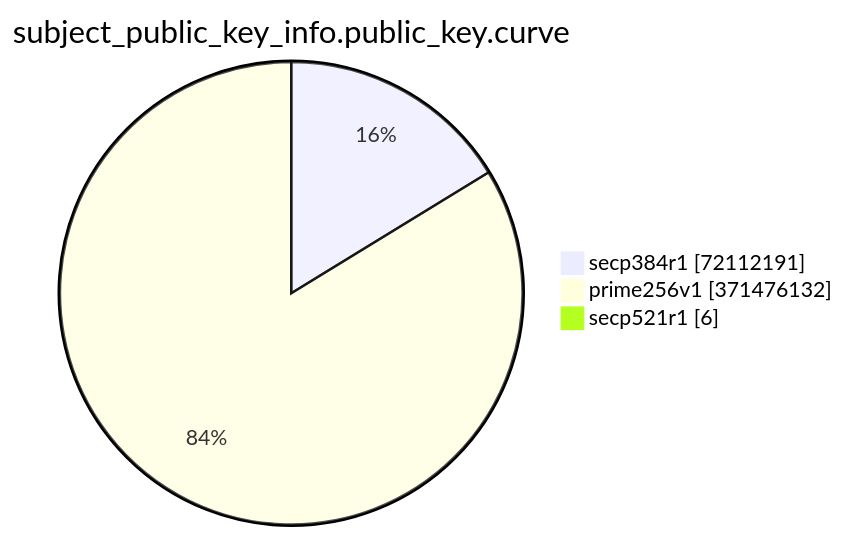
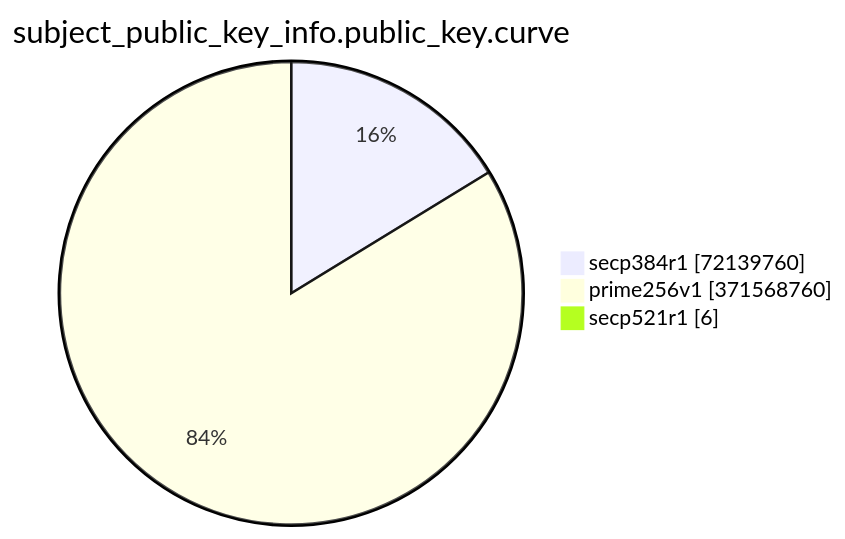
Before and after one commit to christiankrug/ctmonitor_visualization: the eighth of 15 diagrams in TOTAL/README.md, drawn with Mermaid. The commit also changed other lines of this file, not shown here.

````diff
--- a/TOTAL/README.md
+++ b/TOTAL/README.md
@@ -3092,7 +3092,7 @@
 ```mermaid
 pie showData
 title subject_public_key_info.public_key.curve
-"secp384r1" :72112191
-"prime256v1" :371476132
+"secp384r1" :72139760
+"prime256v1" :371568760
 "secp521r1" :6
 ```
````
